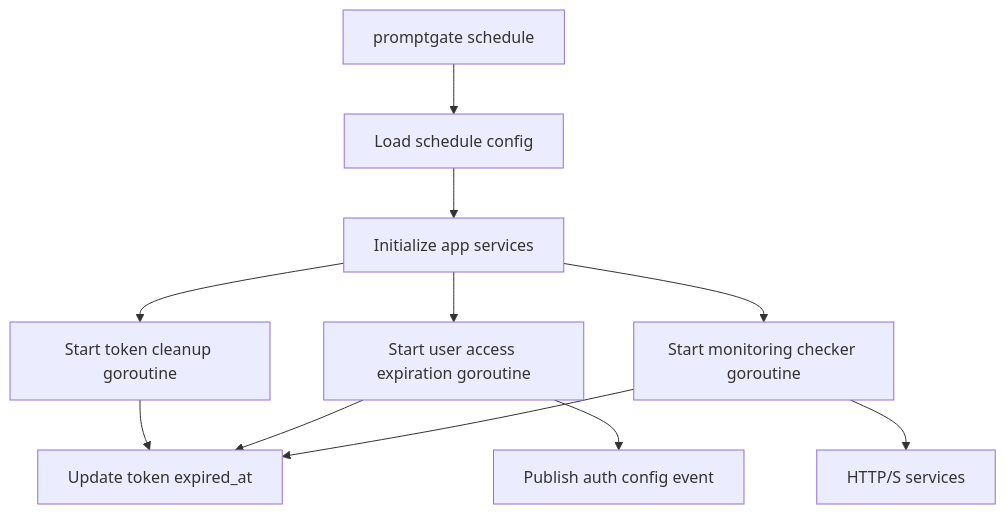
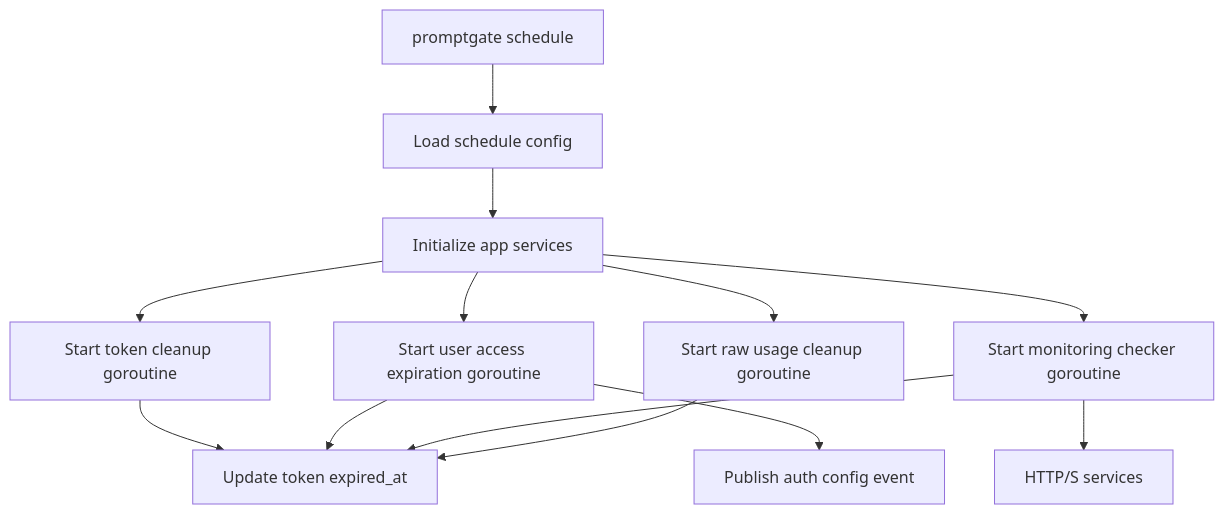
One commit to thomas-illiet/prompt-gate changed the diagram in docs/scheduler.md. Above: the diagram before and after it, drawn with Mermaid. The commit also changed other lines of this file and 26 other files, not shown here.

````diff
--- a/docs/scheduler.md
+++ b/docs/scheduler.md
@@ -27,13 +28,15 @@
 ```mermaid
 flowchart TD
     Start["promptgate schedule"] --> Config["Load schedule config"]
     Config --> App["Initialize app services"]
     App --> TokenJob["Start token cleanup goroutine"]
     App --> AccessJob["Start user access expiration goroutine"]
     App --> MonitoringJob["Start monitoring checker goroutine"]
+    App --> UsageCleanup["Start raw usage cleanup goroutine"]
     TokenJob --> DB["Update token expired_at"]
     AccessJob --> DB
     AccessJob --> Redis["Publish auth config event"]
     MonitoringJob --> DB
     MonitoringJob --> HTTP["HTTP/S services"]
+    UsageCleanup --> DB
 ```
````
